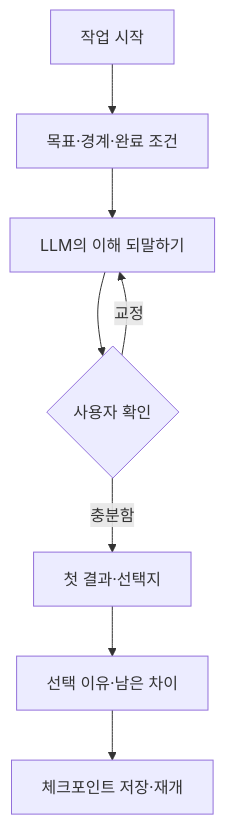
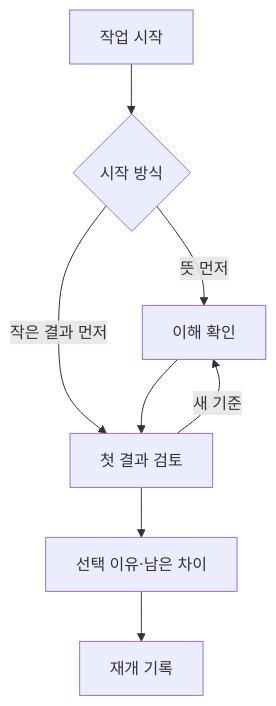
Before and after one commit to boundaryx01-uniquelife/orbit-philosophy: the diagram in tracks/product/PRODUCT_TRACK.md, drawn with Mermaid. The commit also changed other lines of this file and 10 other files, not shown here.

````diff
--- a/tracks/product/PRODUCT_TRACK.md
+++ b/tracks/product/PRODUCT_TRACK.md
@@ -39,10 +39,10 @@
 ```mermaid
 flowchart TD
-    A["작업 시작"] --> B["목표·경계·완료 조건"]
-    B --> C["LLM의 이해 되말하기"]
-    C --> D{"사용자 확인"}
-    D -->|교정| C
-    D -->|충분함| E["첫 결과·선택지"]
-    E --> F["선택 이유·남은 차이"]
-    F --> G["체크포인트 저장·재개"]
+    A["작업 시작"] --> B{"시작 방식"}
+    B -->|"뜻 먼저"| C["이해 확인"]
+    B -->|"작은 결과 먼저"| D["첫 결과 검토"]
+    C --> D
+    D -->|"새 기준"| C
+    D --> E["선택 이유·남은 차이"]
+    E --> F["재개 기록"]
 ```
````
